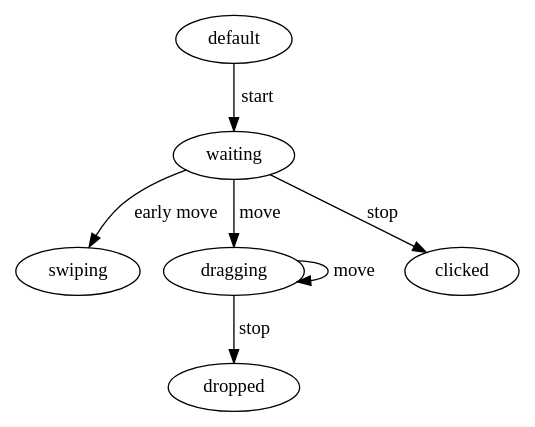
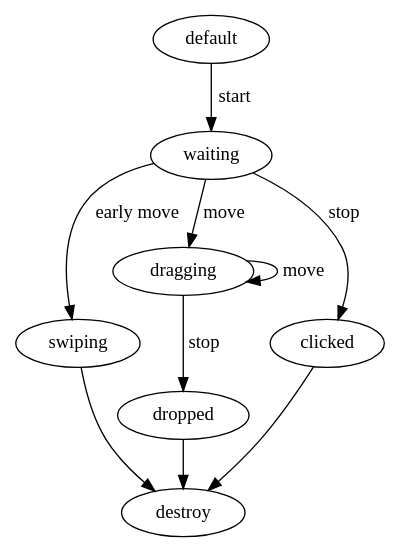
The diagram in states.dot (adopted-ember-addons/ember-sortable), drawn with Graphviz before and after one commit. The commit also changed 1 other file, not shown here.

```diff
--- a/states.dot
+++ b/states.dot
@@ -1,8 +1,11 @@
 digraph {
   default -> waiting [label="start"]
   waiting -> swiping [label="early move"]
+  swiping -> destroy
   waiting -> dragging [label="move"]
   waiting -> clicked [label="stop"]
+  clicked -> destroy
   dragging -> dragging [label="move"]
   dragging -> dropped [label="stop"]
+  dropped -> destroy
 }
```
